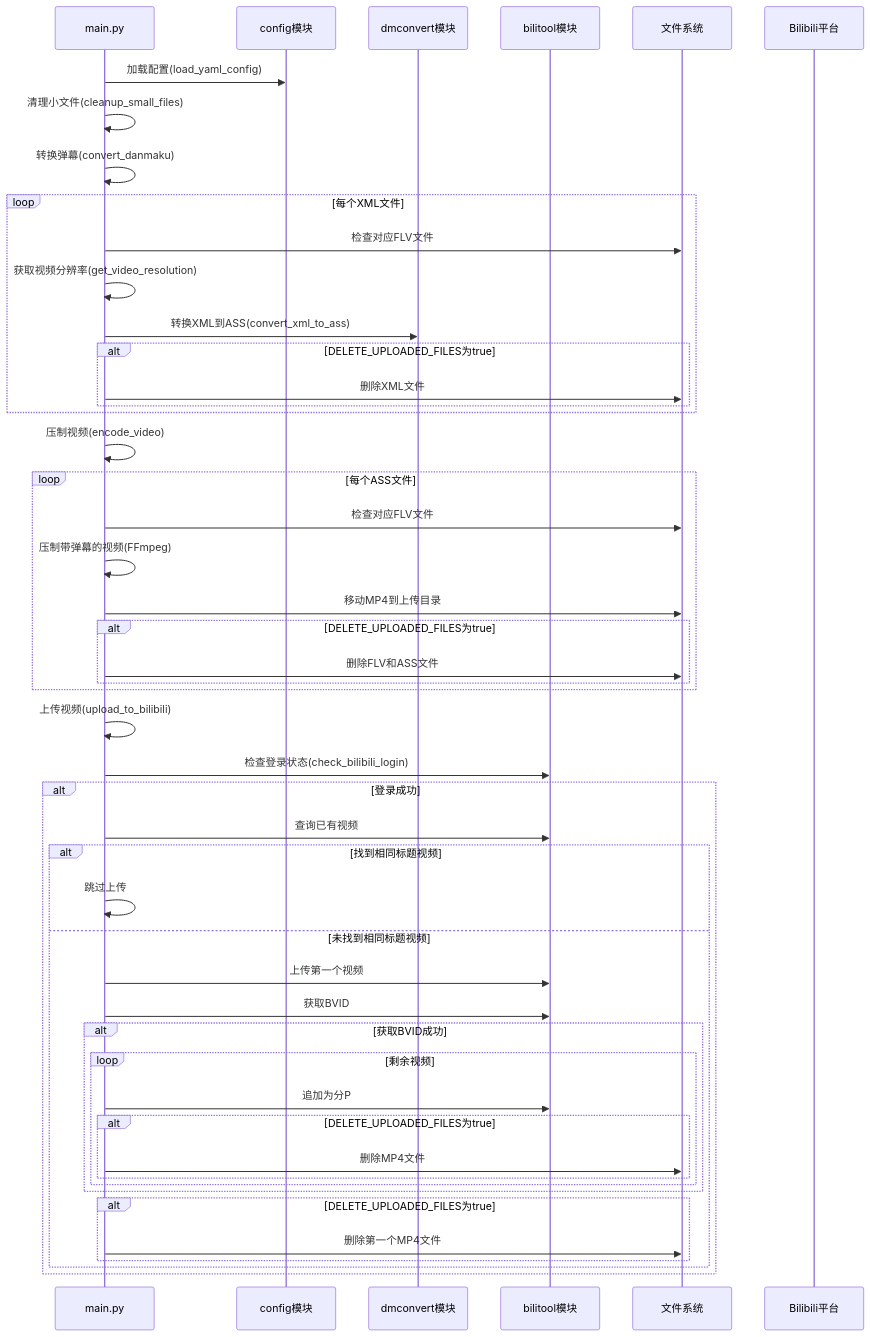
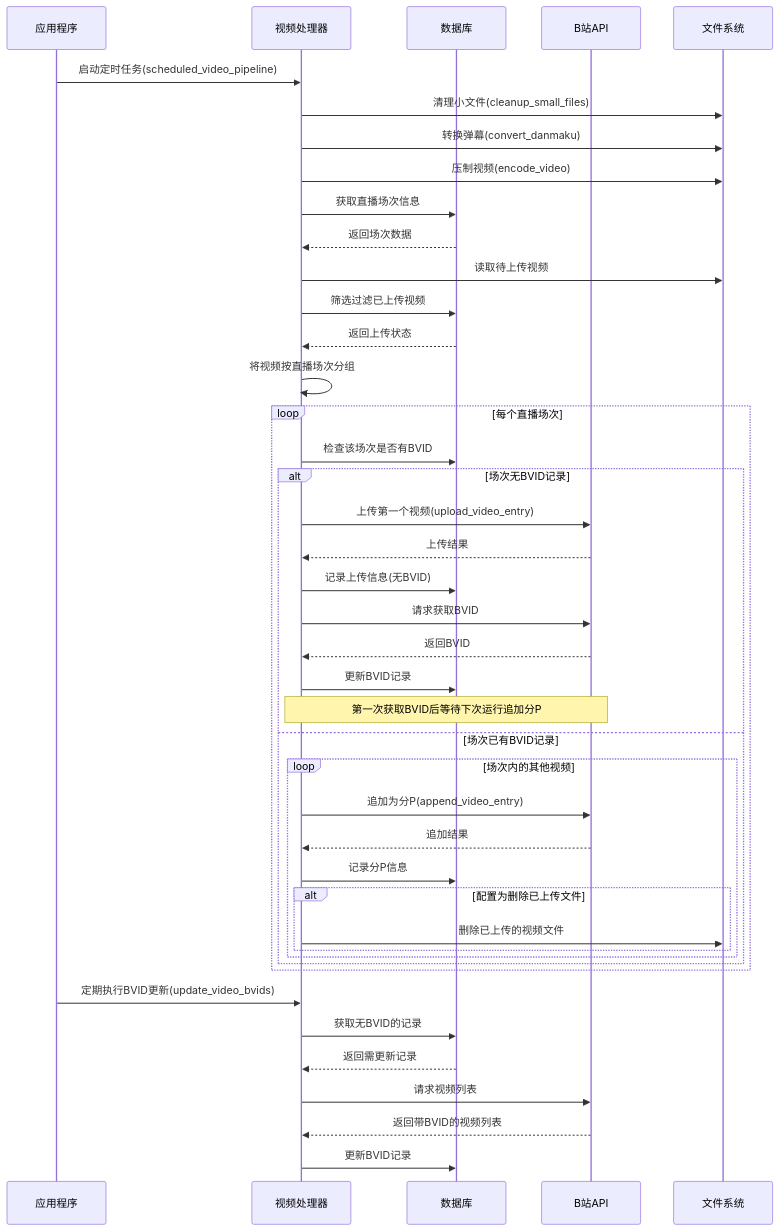
Before and after one commit to SimonGino/video_processor: the second of 2 diagrams in README.md, drawn with Mermaid. The commit also changed other lines of this file, not shown here.

````diff
--- a/README.md
+++ b/README.md
@@ -19,57 +52,59 @@
 ```mermaid
 sequenceDiagram
-    participant 主程序 as main.py
-    participant 配置 as config模块
-    participant 弹幕转换 as dmconvert模块
-    participant 上传工具 as bilitool模块
-    participant 文件系统 as 文件系统
-    participant Bilibili as Bilibili平台
-
-    主程序->>配置: 加载配置(load_yaml_config)
-    主程序->>主程序: 清理小文件(cleanup_small_files)
-    主程序->>主程序: 转换弹幕(convert_danmaku)
+    participant App as 应用程序
+    participant VP as 视频处理器
+    participant DB as 数据库
+    participant BL as B站API
+    participant FS as 文件系统
     
-    loop 每个XML文件
-        主程序->>文件系统: 检查对应FLV文件
-        主程序->>主程序: 获取视频分辨率(get_video_resolution)
-        主程序->>弹幕转换: 转换XML到ASS(convert_xml_to_ass)
-        alt DELETE_UPLOADED_FILES为true
-            主程序->>文件系统: 删除XML文件
+    App->>VP: 启动定时任务(scheduled_video_pipeline)
+    
+    VP->>FS: 清理小文件(cleanup_small_files)
+    VP->>FS: 转换弹幕(convert_danmaku)
+    VP->>FS: 压制视频(encode_video)
+    
+    VP->>DB: 获取直播场次信息
+    DB-->>VP: 返回场次数据
+    
+    VP->>FS: 读取待上传视频
+    VP->>DB: 筛选过滤已上传视频
+    DB-->>VP: 返回上传状态
+    
+    VP->>VP: 将视频按直播场次分组
+    
+    loop 每个直播场次
+        VP->>DB: 检查该场次是否有BVID
+        
+        alt 场次无BVID记录
+            VP->>BL: 上传第一个视频(upload_video_entry)
+            BL-->>VP: 上传结果
+            
+            VP->>DB: 记录上传信息(无BVID)
+            
+            VP->>BL: 请求获取BVID
+            BL-->>VP: 返回BVID
+            
+            VP->>DB: 更新BVID记录
+            
+            Note over VP,BL: 第一次获取BVID后等待下次运行追加分P
+        else 场次已有BVID记录
+            loop 场次内的其他视频
+                VP->>BL: 追加为分P(append_video_entry)
+                BL-->>VP: 追加结果
+                
+                VP->>DB: 记录分P信息
+                
+                alt 配置为删除已上传文件
+                    VP->>FS: 删除已上传的视频文件
+                end
+            end
         end
     end
     
-    主程序->>主程序: 压制视频(encode_video)
-    
-    loop 每个ASS文件
-        主程序->>文件系统: 检查对应FLV文件
-        主程序->>主程序: 压制带弹幕的视频(FFmpeg)
-        主程序->>文件系统: 移动MP4到上传目录
-        alt DELETE_UPLOADED_FILES为true
-            主程序->>文件系统: 删除FLV和ASS文件
-        end
-    end
-    
-    主程序->>主程序: 上传视频(upload_to_bilibili)
-    主程序->>上传工具: 检查登录状态(check_bilibili_login)
-    
-    alt 登录成功
-        主程序->>上传工具: 查询已有视频
-        alt 找到相同标题视频
-            主程序->>主程序: 跳过上传
-        else 未找到相同标题视频
-            主程序->>上传工具: 上传第一个视频
-            主程序->>上传工具: 获取BVID
-            alt 获取BVID成功
-                loop 剩余视频
-                    主程序->>上传工具: 追加为分P
-                    alt DELETE_UPLOADED_FILES为true
-                        主程序->>文件系统: 删除MP4文件
-                    end
-                end
-            end
-            alt DELETE_UPLOADED_FILES为true
-                主程序->>文件系统: 删除第一个MP4文件
-            end
-        end
-    end
+    App->>VP: 定期执行BVID更新(update_video_bvids)
+    VP->>DB: 获取无BVID的记录
+    DB-->>VP: 返回需更新记录
+    VP->>BL: 请求视频列表
+    BL-->>VP: 返回带BVID的视频列表
+    VP->>DB: 更新BVID记录
 ```
````
